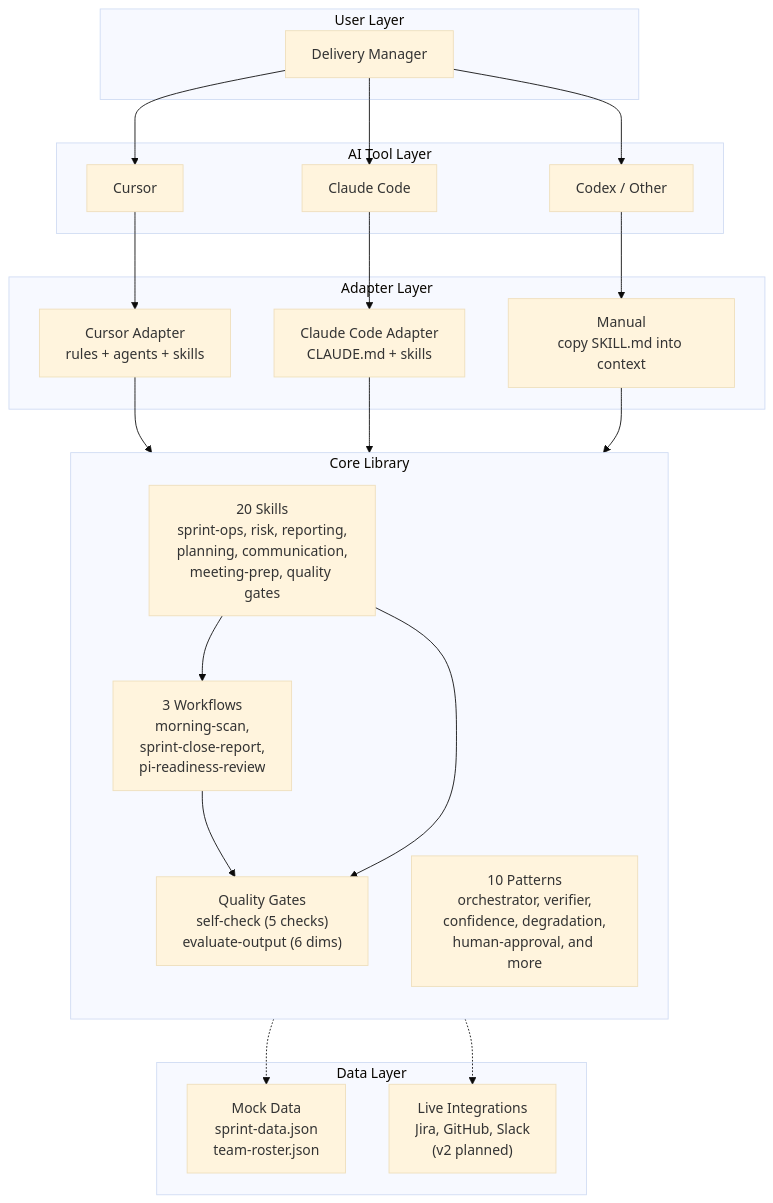
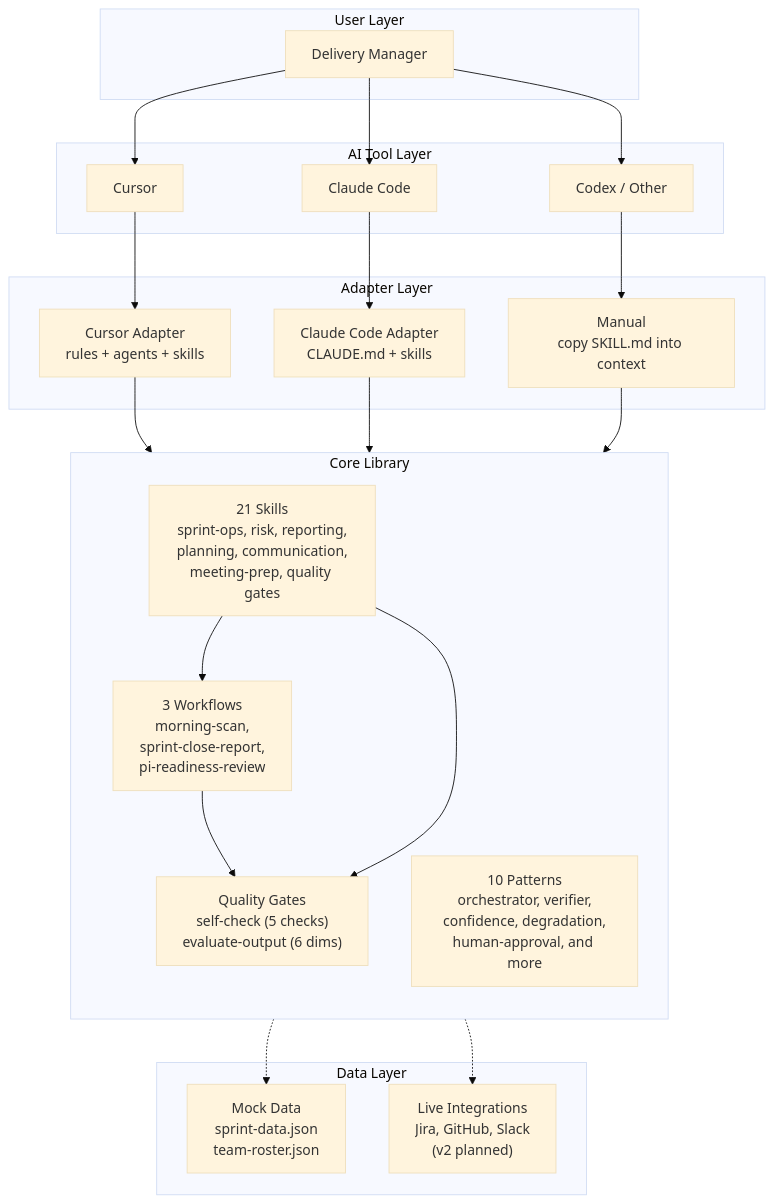
One commit to yannmenec/delivery-management-skills changed the diagram in showcase/architecture-diagrams/system-overview.mmd. Above: the diagram before and after it, drawn with Mermaid (base theme). The commit also changed 9 other files, not shown here.

```diff
--- a/showcase/architecture-diagrams/system-overview.mmd
+++ b/showcase/architecture-diagrams/system-overview.mmd
@@ -1,48 +1,48 @@
 graph TB
     subgraph userLayer [User Layer]
         DM["Delivery Manager"]
     end
 
     subgraph toolLayer [AI Tool Layer]
         Cursor["Cursor"]
         ClaudeCode["Claude Code"]
         Codex["Codex / Other"]
     end
 
     subgraph adapterLayer [Adapter Layer]
         CursorAdapter["Cursor Adapter<br/>rules + agents + skills"]
         ClaudeAdapter["Claude Code Adapter<br/>CLAUDE.md + skills"]
         GenericAdapter["Manual<br/>copy SKILL.md into context"]
     end
 
     subgraph coreLayer [Core Library]
         direction TB
-        Skills["20 Skills<br/>sprint-ops, risk, reporting,<br/>planning, communication,<br/>meeting-prep, quality gates"]
+        Skills["21 Skills<br/>sprint-ops, risk, reporting,<br/>planning, communication,<br/>meeting-prep, quality gates"]
         Workflows["3 Workflows<br/>morning-scan,<br/>sprint-close-report,<br/>pi-readiness-review"]
         Patterns["10 Patterns<br/>orchestrator, verifier,<br/>confidence, degradation,<br/>human-approval, and more"]
         QualityGates["Quality Gates<br/>self-check (5 checks)<br/>evaluate-output (6 dims)"]
     end
 
     subgraph dataLayer [Data Layer]
         MockData["Mock Data<br/>sprint-data.json<br/>team-roster.json"]
         LiveData["Live Integrations<br/>Jira, GitHub, Slack<br/>(v2 planned)"]
     end
 
     DM --> Cursor
     DM --> ClaudeCode
     DM --> Codex
 
     Cursor --> CursorAdapter
     ClaudeCode --> ClaudeAdapter
     Codex --> GenericAdapter
 
     CursorAdapter --> Skills
     ClaudeAdapter --> Skills
     GenericAdapter --> Skills
 
     Skills --> Workflows
     Workflows --> QualityGates
     Skills --> QualityGates
 
     Skills -.-> MockData
     Skills -.-> LiveData
```
